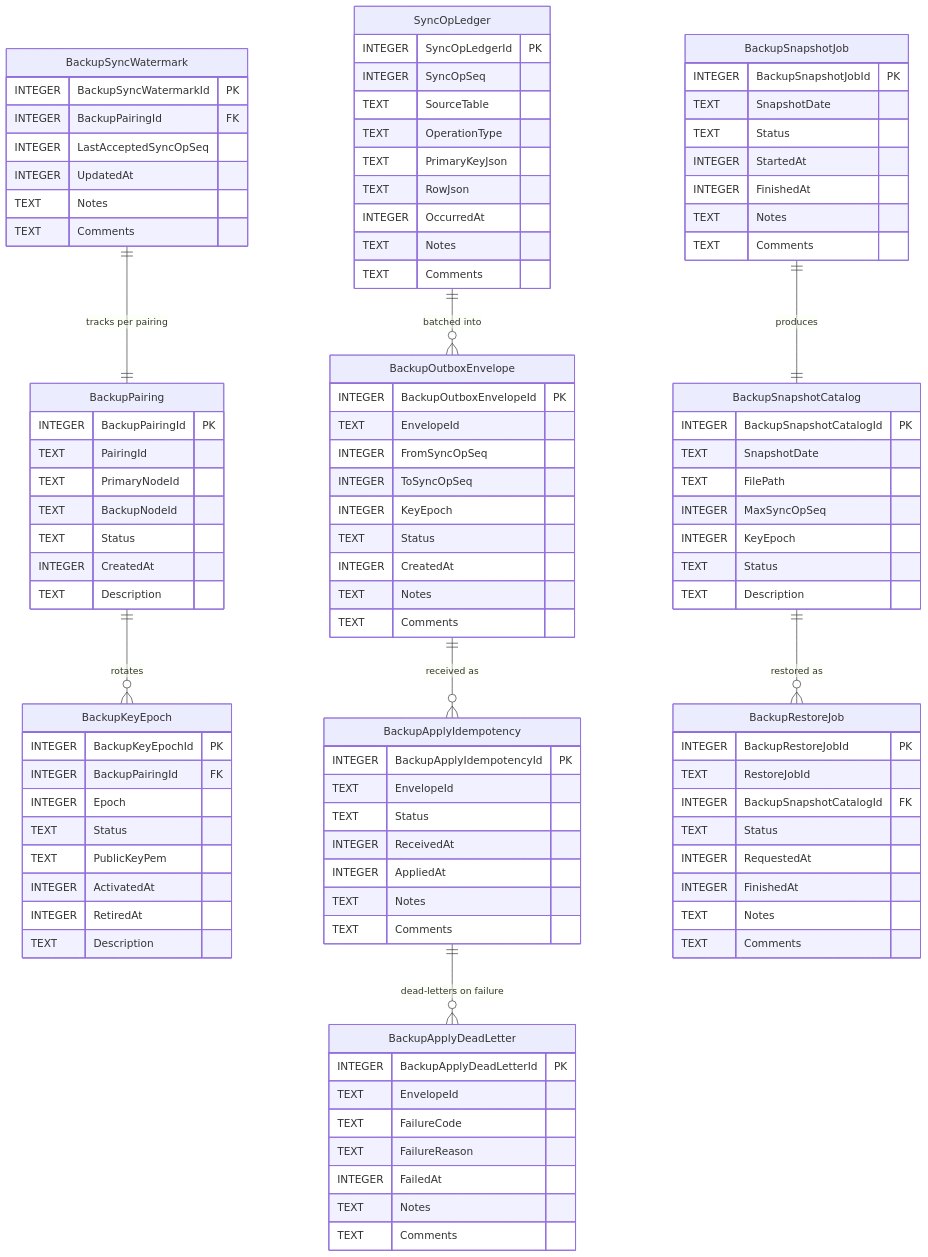
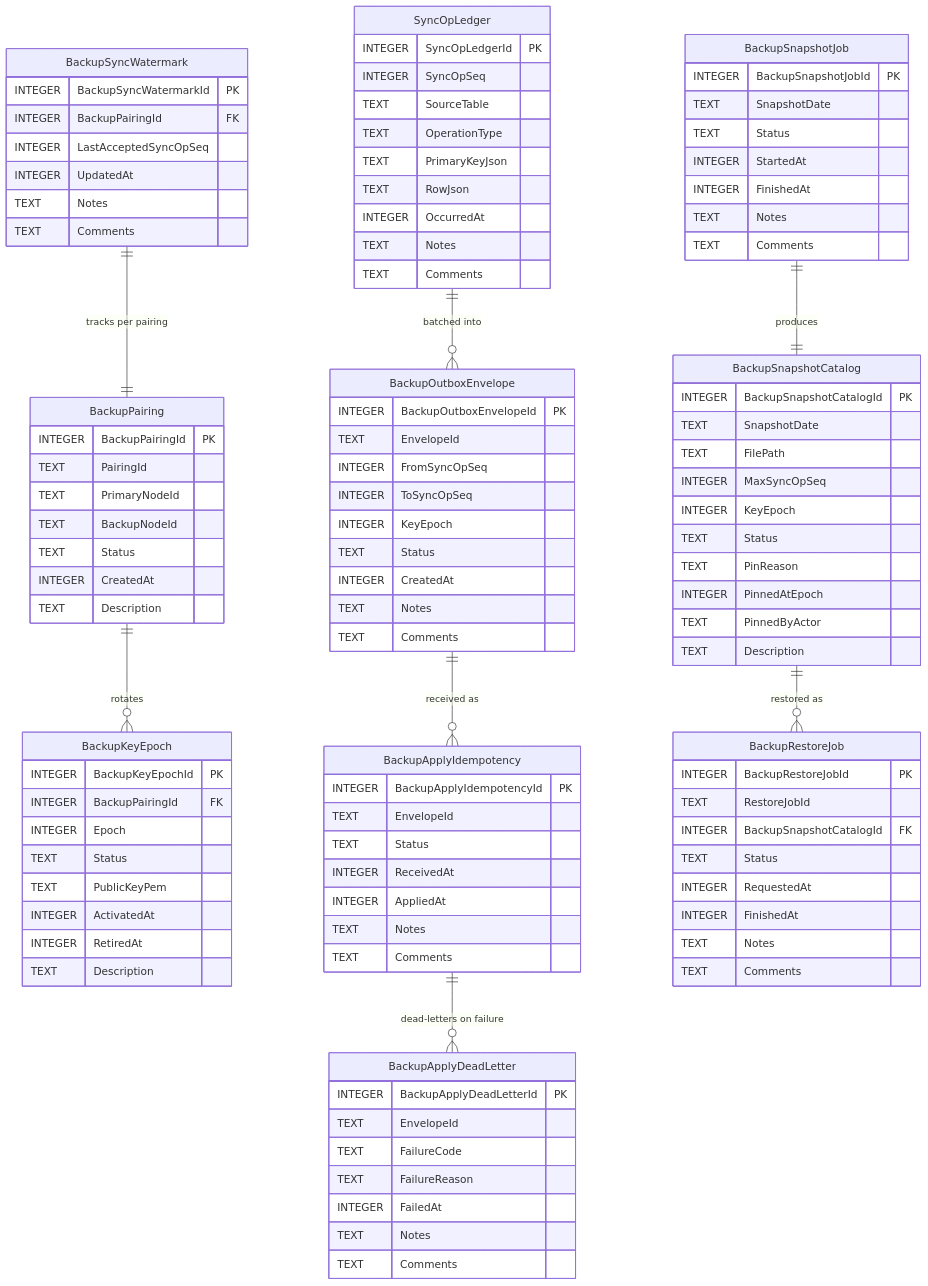
Before and after one commit to alimtvnetwork/coding-guidelines-v24: the diagram in spec/19-main-worker-service/diagrams/erd-backup-tier.mmd, drawn with Mermaid. The commit also changed 1 other file, not shown here.

```diff
--- a/spec/19-main-worker-service/diagrams/erd-backup-tier.mmd
+++ b/spec/19-main-worker-service/diagrams/erd-backup-tier.mmd
@@ -1,133 +1,136 @@
 %% ==========================================================
 %% NON-AUTHORITATIVE PROJECTION
 %% ==========================================================
 %% Subject:        Backup-tier App-DB tables (Phases 7–11)
 %% Authoritative:  spec/19-main-worker-service/19-incremental-backup-sync.md,
 %%                 20-backup-encryption-and-keys.md,
 %%                 22-backup-apply-logic.md,
 %%                 23-snapshot-storage-and-restore.md
 %% Status:         Illustrative only. If this diagram disagrees
 %%                 with the authoritative spec(s) above, the
 %%                 spec wins and this file is the bug.
 %% Banner version: 1.0.0 (2026-05-06, Phase 12)
 %% ==========================================================
 erDiagram
     %% Backup-side App-tier tables. PascalCase, INTEGER PKs, Notes/Comments on transactional rows.
 
     %% ---- Source-side (primary Worker) CDC ledger ----
     SyncOpLedger ||--o{ BackupOutboxEnvelope : "batched into"
     BackupSyncWatermark ||--|| BackupPairing : "tracks per pairing"
     BackupPairing ||--o{ BackupKeyEpoch : "rotates"
 
     %% ---- Sink-side (backup node) apply pipeline ----
     BackupOutboxEnvelope ||--o{ BackupApplyIdempotency : "received as"
     BackupApplyIdempotency ||--o{ BackupApplyDeadLetter : "dead-letters on failure"
 
     %% ---- Sink-side snapshot lifecycle ----
     BackupSnapshotJob ||--|| BackupSnapshotCatalog : "produces"
     BackupSnapshotCatalog ||--o{ BackupRestoreJob : "restored as"
 
     SyncOpLedger {
         INTEGER SyncOpLedgerId PK
         INTEGER SyncOpSeq
         TEXT SourceTable
         TEXT OperationType
         TEXT PrimaryKeyJson
         TEXT RowJson
         INTEGER OccurredAt
         TEXT Notes
         TEXT Comments
     }
 
     BackupPairing {
         INTEGER BackupPairingId PK
         TEXT PairingId
         TEXT PrimaryNodeId
         TEXT BackupNodeId
         TEXT Status
         INTEGER CreatedAt
         TEXT Description
     }
 
     BackupKeyEpoch {
         INTEGER BackupKeyEpochId PK
         INTEGER BackupPairingId FK
         INTEGER Epoch
         TEXT Status
         TEXT PublicKeyPem
         INTEGER ActivatedAt
         INTEGER RetiredAt
         TEXT Description
     }
 
     BackupSyncWatermark {
         INTEGER BackupSyncWatermarkId PK
         INTEGER BackupPairingId FK
         INTEGER LastAcceptedSyncOpSeq
         INTEGER UpdatedAt
         TEXT Notes
         TEXT Comments
     }
 
     BackupOutboxEnvelope {
         INTEGER BackupOutboxEnvelopeId PK
         TEXT EnvelopeId
         INTEGER FromSyncOpSeq
         INTEGER ToSyncOpSeq
         INTEGER KeyEpoch
         TEXT Status
         INTEGER CreatedAt
         TEXT Notes
         TEXT Comments
     }
 
     BackupApplyIdempotency {
         INTEGER BackupApplyIdempotencyId PK
         TEXT EnvelopeId
         TEXT Status
         INTEGER ReceivedAt
         INTEGER AppliedAt
         TEXT Notes
         TEXT Comments
     }
 
     BackupApplyDeadLetter {
         INTEGER BackupApplyDeadLetterId PK
         TEXT EnvelopeId
         TEXT FailureCode
         TEXT FailureReason
         INTEGER FailedAt
         TEXT Notes
         TEXT Comments
     }
 
     BackupSnapshotCatalog {
         INTEGER BackupSnapshotCatalogId PK
         TEXT SnapshotDate
         TEXT FilePath
         INTEGER MaxSyncOpSeq
         INTEGER KeyEpoch
         TEXT Status
+        TEXT PinReason
+        INTEGER PinnedAtEpoch
+        TEXT PinnedByActor
         TEXT Description
     }
 
     BackupSnapshotJob {
         INTEGER BackupSnapshotJobId PK
         TEXT SnapshotDate
         TEXT Status
         INTEGER StartedAt
         INTEGER FinishedAt
         TEXT Notes
         TEXT Comments
     }
 
     BackupRestoreJob {
         INTEGER BackupRestoreJobId PK
         TEXT RestoreJobId
         INTEGER BackupSnapshotCatalogId FK
         TEXT Status
         INTEGER RequestedAt
         INTEGER FinishedAt
         TEXT Notes
         TEXT Comments
     }
```
